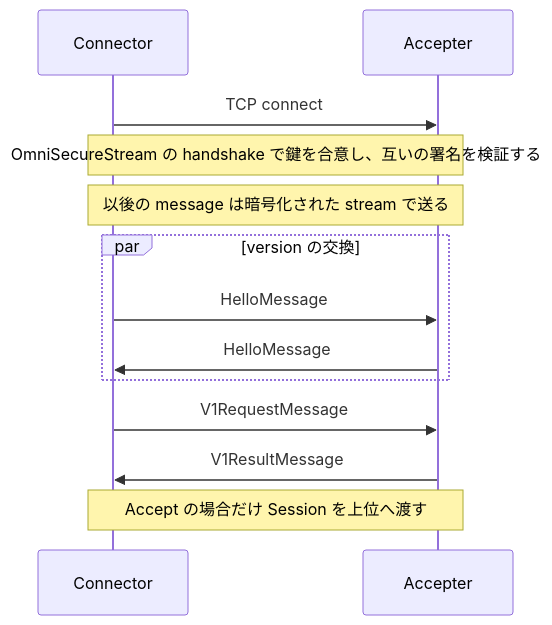
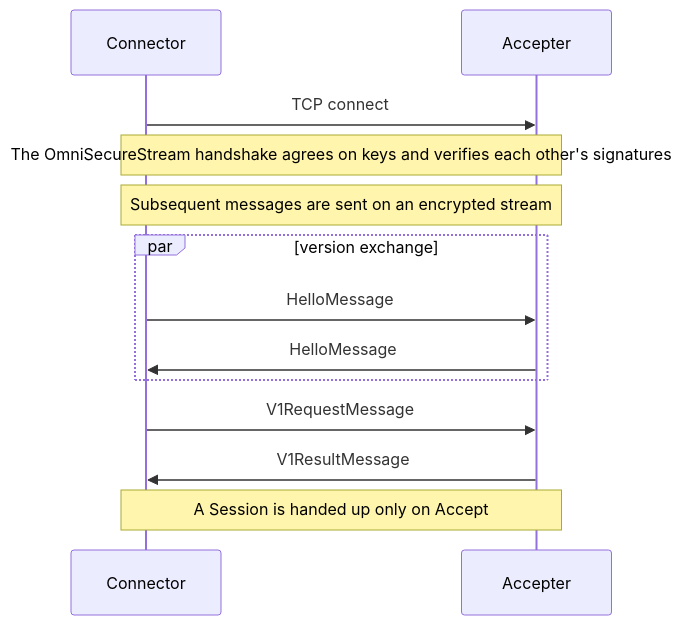
The diagram in docs/design/session.md (omnius-labs/axus), drawn with Mermaid before and after one commit. The commit also changed other lines of this file and 9 other files, not shown here.

````diff
--- a/docs/design/session.md
+++ b/docs/design/session.md
@@ -41,16 +41,16 @@
 ```mermaid
 sequenceDiagram
     participant C as Connector
     participant A as Accepter
 
     C->>A: TCP connect
-    Note over C,A: OmniSecureStream の handshake で鍵を合意し、互いの署名を検証する
-    Note over C,A: 以後の message は暗号化された stream で送る
-    par version の交換
+    Note over C,A: The OmniSecureStream handshake agrees on keys and verifies each other's signatures
+    Note over C,A: Subsequent messages are sent on an encrypted stream
+    par version exchange
         C->>A: HelloMessage
         A->>C: HelloMessage
     end
     C->>A: V1RequestMessage
     A->>C: V1ResultMessage
-    Note over C,A: Accept の場合だけ Session を上位へ渡す
+    Note over C,A: A Session is handed up only on Accept
 ```
````
